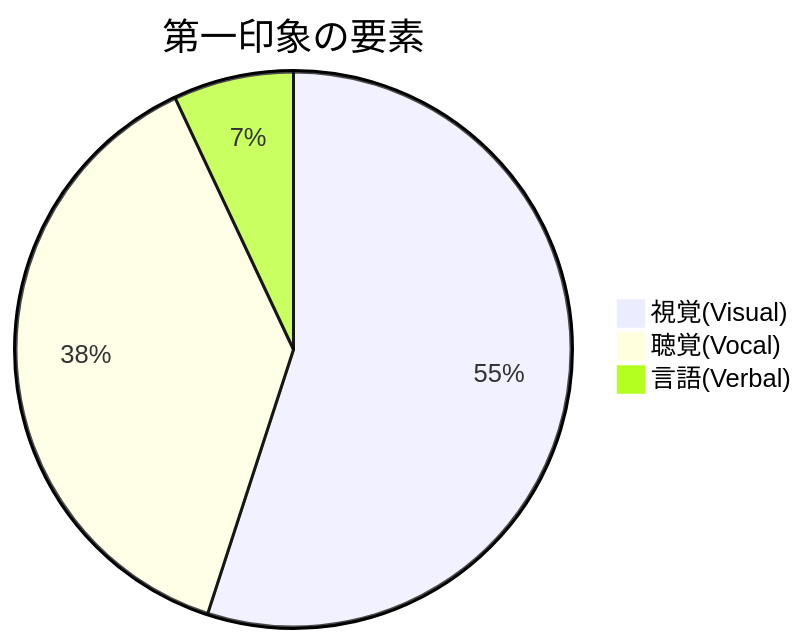
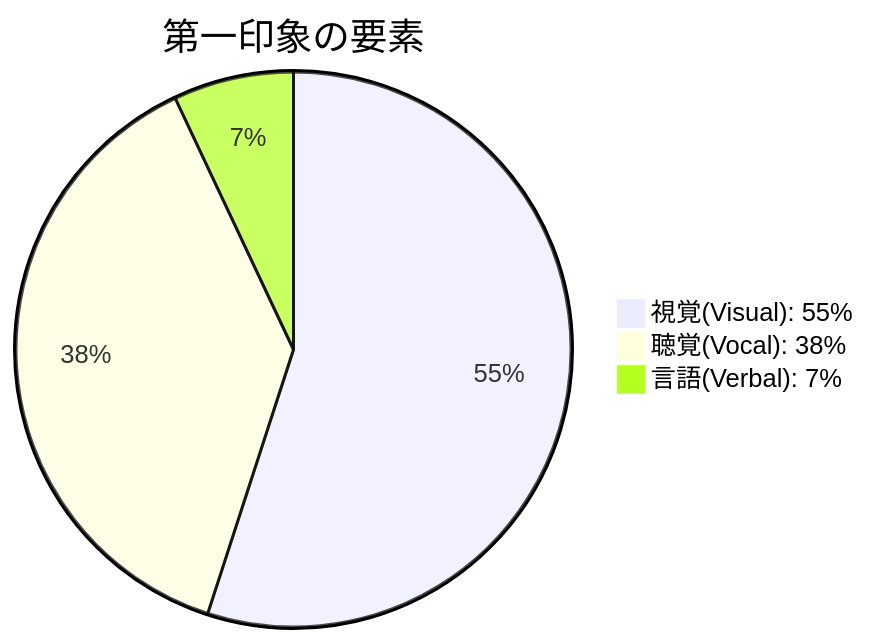
The diagram in content/blog/189-first-impression.md (tndg16-bot/portfolio-site), drawn with Mermaid before and after one commit. The commit also changed other lines of this file and 19 other files, not shown here.

````diff
--- a/content/blog/189-first-impression.md
+++ b/content/blog/189-first-impression.md
@@ -30,7 +30,7 @@
 ```mermaid
 pie
     title 第一印象の要素
-    "視覚(Visual)" : 55
-    "聴覚(Vocal)" : 38
-    "言語(Verbal)" : 7
+    "視覚(Visual): 55%" : 55
+    "聴覚(Vocal): 38%" : 38
+    "言語(Verbal): 7%" : 7
 ```
````
